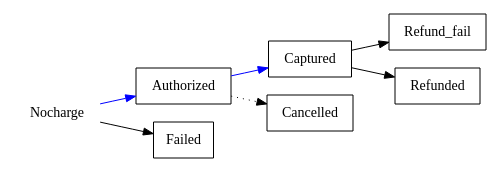
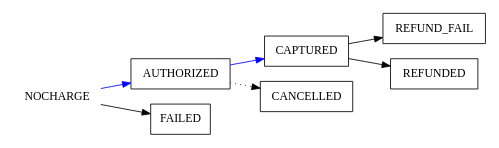
The second of 2 diagrams in docs/rest.rst (onlinecity/gatewayapi-docs), drawn with Graphviz before and after one commit. The commit also changed other lines of this file, not shown here.

```diff
--- a/docs/rest.rst
+++ b/docs/rest.rst
@@ -1087,18 +1087,18 @@
 .. graphviz::
 
    digraph foocharge {
       rankdir=LR;
       size=5;
-      Refund_fail [shape=box];
-      Refunded [shape=box];
-      Captured [shape=box];
-      Authorized [shape=box];
-      Failed [shape=box];
-      Cancelled [shape=box];
-      Nocharge [shape=plaintext];
-      Nocharge -> Authorized -> Captured [color=blue];
-      Authorized -> Cancelled [style=dotted];
-      Nocharge -> Failed;
-      Captured -> Refunded;
-      Captured -> Refund_fail;
+      REFUND_FAIL [shape=box];
+      REFUNDED [shape=box];
+      CAPTURED [shape=box];
+      AUTHORIZED [shape=box];
+      FAILED [shape=box];
+      CANCELLED [shape=box];
+      NOCHARGE [shape=plaintext];
+      NOCHARGE -> AUTHORIZED -> CAPTURED [color=blue];
+      AUTHORIZED -> CANCELLED [style=dotted];
+      NOCHARGE -> FAILED;
+      CAPTURED -> REFUNDED;
+      CAPTURED -> REFUND_FAIL;
    }
```
